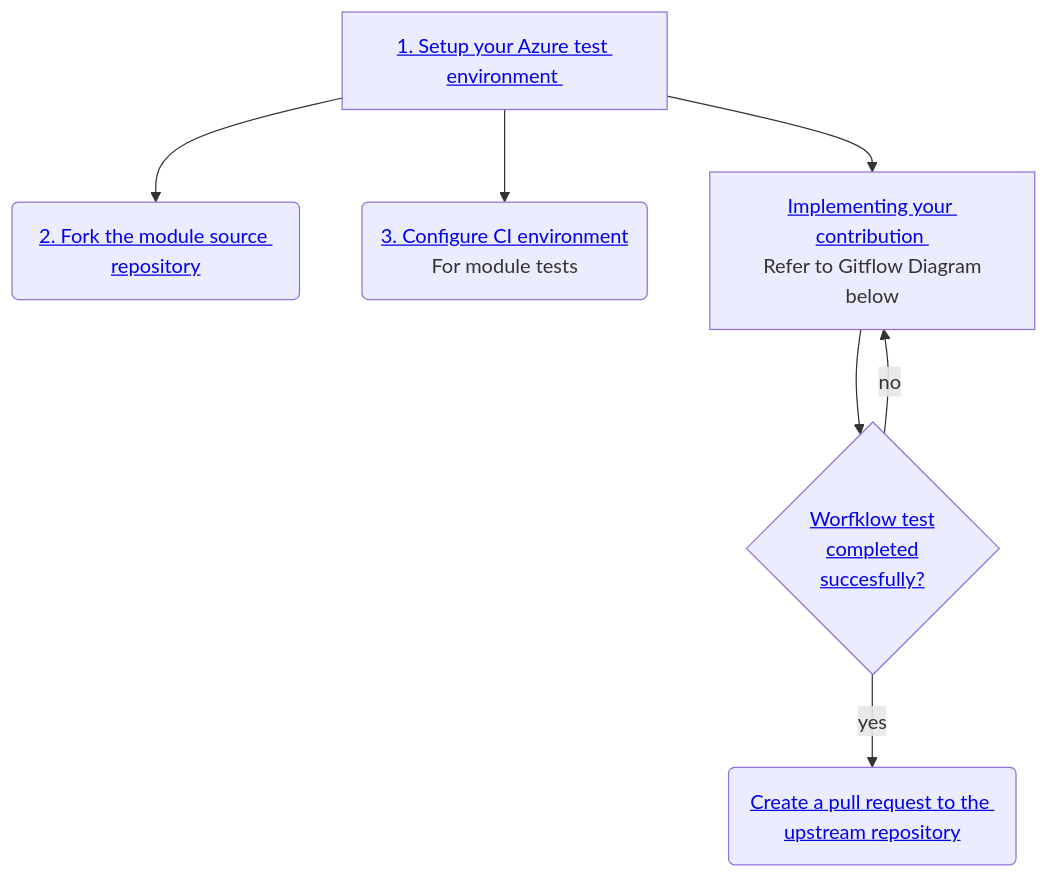
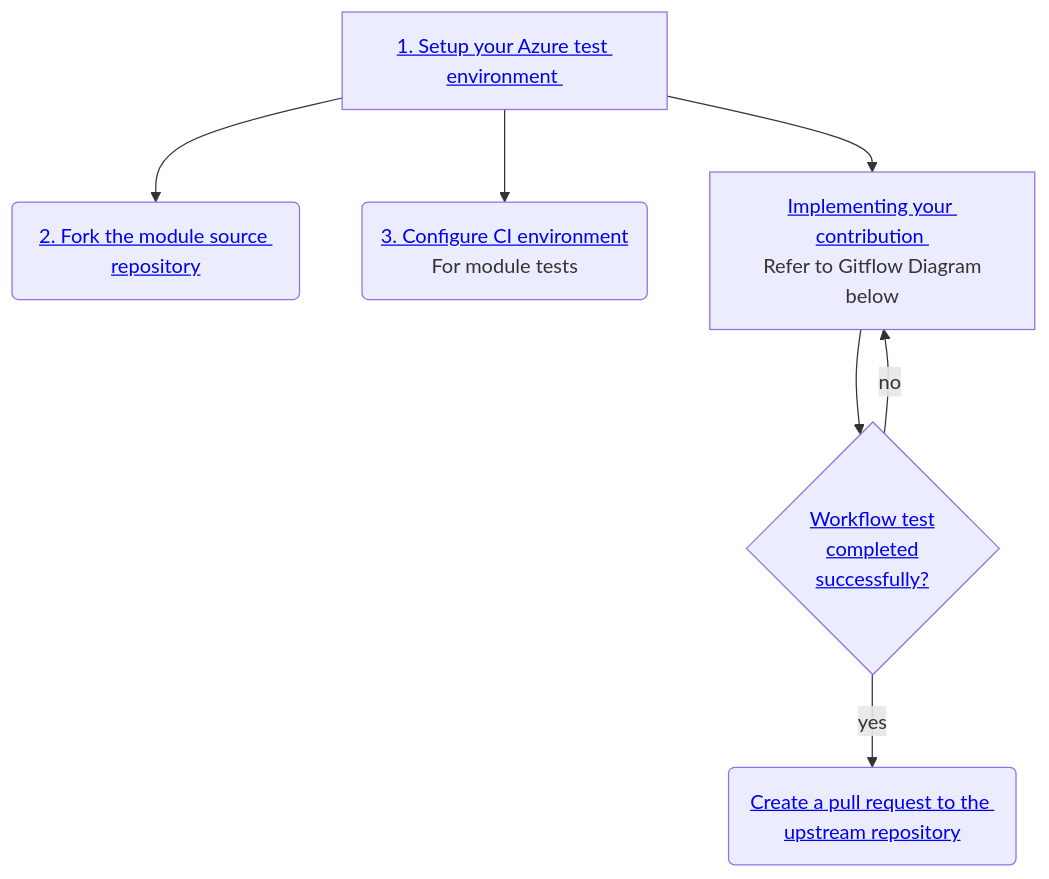
The first of 2 diagrams in docs/content/contributing/bicep/bicep-contribution-flow/_index.md (Azure/Azure-Verified-Modules), drawn with Mermaid before and after one commit.

Commit message:
spelling...

```diff
--- a/docs/content/contributing/bicep/bicep-contribution-flow/_index.md
+++ b/docs/content/contributing/bicep/bicep-contribution-flow/_index.md
@@ -12,15 +12,15 @@
 {{< mermaid class="text-center" >}}
   flowchart TD
     A[<a href='/Azure-Verified-Modules/contributing/bicep/bicep-contribution-flow/#1-setup-your-azure-test-environment'>1. Setup your Azure test environment </a>]
     B(<a href='/Azure-Verified-Modules/contributing/bicep/bicep-contribution-flow/#1-setup-your-azure-test-environment'>2. Fork the module source repository</a>)
     C(<a href='/Azure-Verified-Modules/contributing/bicep/bicep-contribution-flow/#3-configure-your-ci-environment'>3. Configure CI environment </a> <br> For module tests)
     D[<a href='/Azure-Verified-Modules/contributing/bicep/bicep-contribution-flow/#4-implement-your-contribution'>Implementing your contribution </a><br> Refer to Gitflow Diagram below]
-    E{<a href='/Azure-Verified-Modules/contributing/bicep/bicep-contribution-flow/#5-createupdate-and-run-tests'>Worfklow test <br> completed <br> succesfully?</a>}
+    E{<a href='/Azure-Verified-Modules/contributing/bicep/bicep-contribution-flow/#5-createupdate-and-run-tests'>Workflow test <br> completed <br> successfully?</a>}
     F(<a href='/Azure-Verified-Modules/contributing/bicep/bicep-contribution-flow/#6-create-a-pull-request-to-the-public-bicep-registry'>Create a pull request to the upstream repository</a>)
     A --> B
     A --> C
     A --> D
     D --> E
     E -->|yes|F
     E -->|no|D
 {{< /mermaid >}}
```
